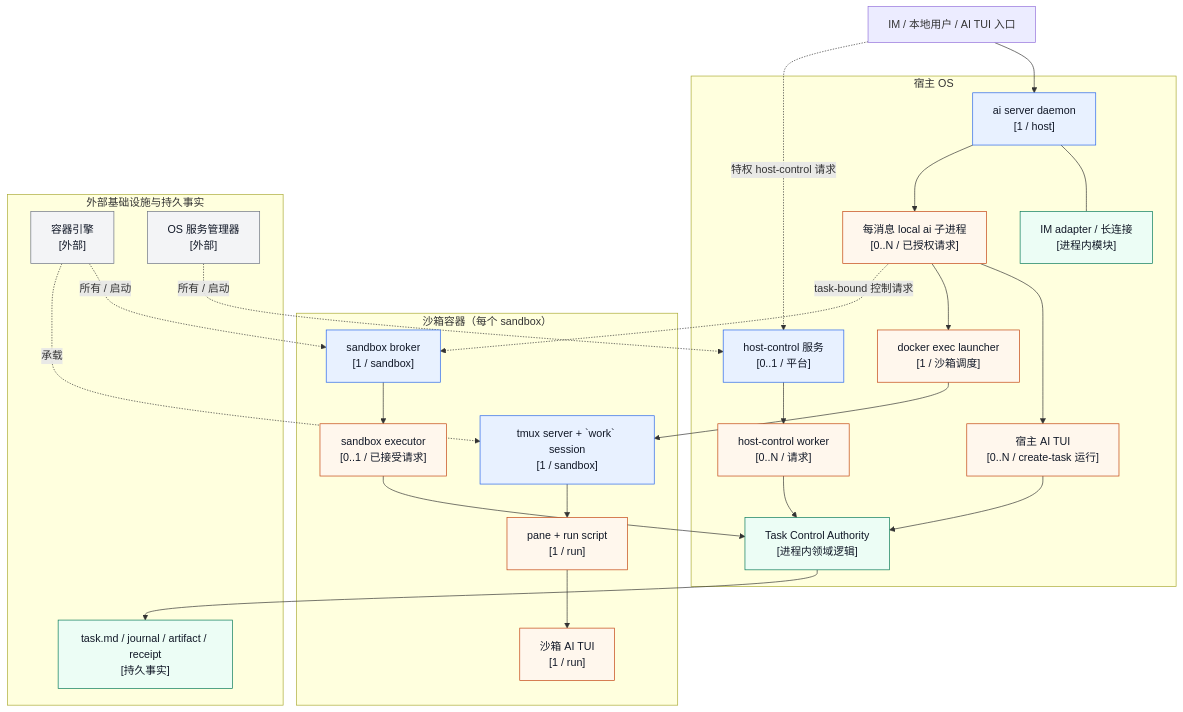
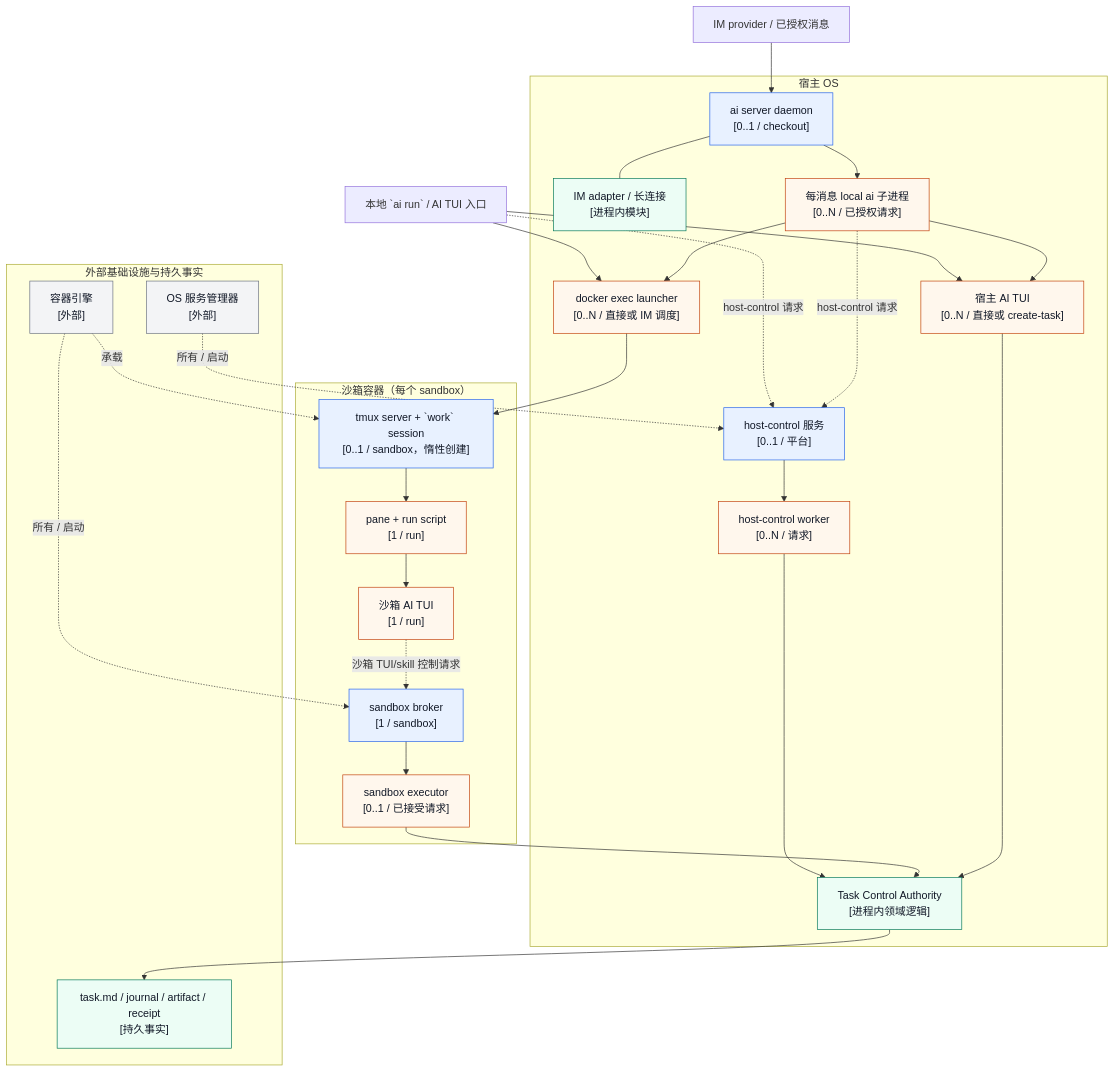
The second of 2 diagrams in docs/zh-CN/architecture.md (fitlab-ai/agent-infra), drawn with Mermaid before and after one commit. The commit also changed other lines of this file and 1 other file, not shown here.

Commit message:
docs(architecture): clarify runtime entry and delivery routes

````diff
--- a/docs/zh-CN/architecture.md
+++ b/docs/zh-CN/architecture.md
@@ -48,50 +55,54 @@
 ```mermaid
 flowchart TB
   classDef process fill:#e8f1ff,stroke:#2563eb,color:#111827;
   classDef transient fill:#fff7ed,stroke:#c2410c,color:#111827;
   classDef domain fill:#ecfdf5,stroke:#047857,color:#111827;
   classDef infra fill:#f3f4f6,stroke:#6b7280,color:#111827;
 
-  U["IM / 本地用户 / AI TUI 入口"]
+  IM["IM provider / 已授权消息"]
+  L["本地 `ai run` / AI TUI 入口"]
 
   subgraph H["宿主 OS"]
-    D["ai server daemon<br/>[1 / host]"]:::process
+    D["ai server daemon<br/>[0..1 / checkout]"]:::process
     A["IM adapter / 长连接<br/>[进程内模块]"]:::domain
     C["每消息 local ai 子进程<br/>[0..N / 已授权请求]"]:::transient
-    HT["宿主 AI TUI<br/>[0..N / create-task 运行]"]:::transient
+    HT["宿主 AI TUI<br/>[0..N / 直接或 create-task]"]:::transient
     HC["host-control 服务<br/>[0..1 / 平台]"]:::process
     HW["host-control worker<br/>[0..N / 请求]"]:::transient
-    DX["docker exec launcher<br/>[1 / 沙箱调度]"]:::transient
+    DX["docker exec launcher<br/>[0..N / 直接或 IM 调度]"]:::transient
     TA["Task Control Authority<br/>[进程内领域逻辑]"]:::domain
   end
 
   subgraph S["沙箱容器（每个 sandbox）"]
     B["sandbox broker<br/>[1 / sandbox]"]:::process
     E["sandbox executor<br/>[0..1 / 已接受请求]"]:::transient
-    TM["tmux server + `work` session<br/>[1 / sandbox]"]:::process
+    TM["tmux server + `work` session<br/>[0..1 / sandbox，惰性创建]"]:::process
     P["pane + run script<br/>[1 / run]"]:::transient
     ST["沙箱 AI TUI<br/>[1 / run]"]:::transient
   end
 
   subgraph X["外部基础设施与持久事实"]
     ENG["容器引擎<br/>[外部]"]:::infra
     SM["OS 服务管理器<br/>[外部]"]:::infra
     STATE["task.md / journal / artifact / receipt<br/>[持久事实]"]:::domain
   end
 
-  U --> D
+  IM --> D
   D --- A
   D --> C
+  L --> HT
+  L --> DX
   C --> HT
   C --> DX
-  U -. 特权 host-control 请求 .-> HC
+  L -. host-control 请求 .-> HC
+  C -. host-control 请求 .-> HC
   HC --> HW --> TA
   DX --> TM --> P --> ST
-  C -. task-bound 控制请求 .-> B
+  ST -. 沙箱 TUI/skill 控制请求 .-> B
   B --> E --> TA
   HT --> TA
   TA --> STATE
   SM -. 所有 / 启动 .-> HC
   ENG -. 所有 / 启动 .-> B
   ENG -. 承载 .-> TM
 ```
````
